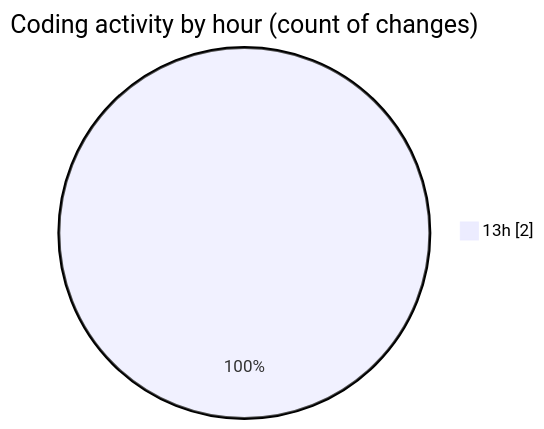
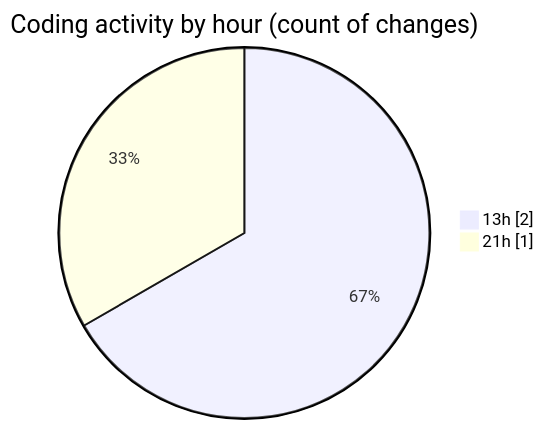
Before and after one commit to NitaiMahat/code-tracking: the second of 2 diagrams in 2025-02-21/project1/README.md, drawn with Mermaid. The commit also changed other lines of this file and 1 other file, not shown here.

````diff
--- a/2025-02-21/project1/README.md
+++ b/2025-02-21/project1/README.md
@@ -28,5 +28,6 @@
 ```mermaid
 pie showData
 title Coding activity by hour (count of changes)
 "13h" : 2
+"21h" : 1
 ```
````
